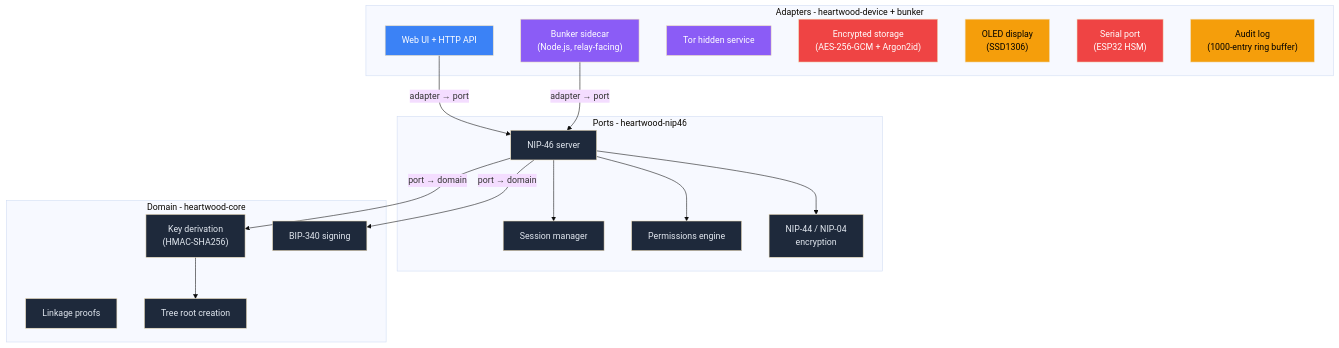
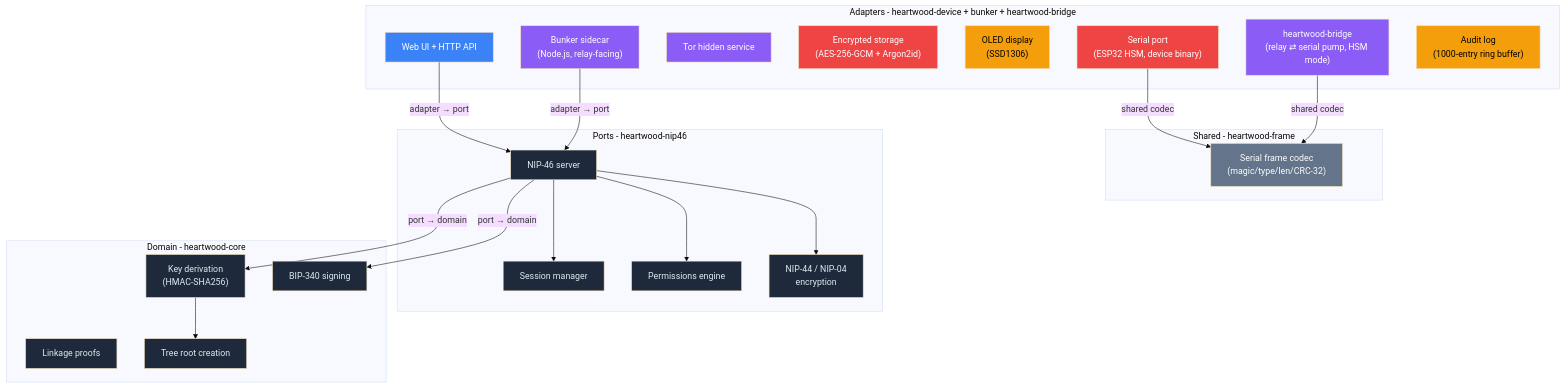
One commit to forgesworn/heartwood changed the diagram in ARCHITECTURE.md. Above: the diagram before and after it, drawn with Mermaid (base theme). The commit also changed other lines of this file and 2 other files, not shown here.

Commit message:
docs: catch the changelog and architecture docs up with the workspace
CHANGELOG gains an Unreleased section covering everything since 0.6.0:
the heartwood-bridge sidecar, the heartwood-frame codec extraction,
per-identity bunker URIs, the new test coverage, and the serial fixes.
README's crate list and ARCHITECTURE's hexagon/diagram/storage docs now
name heartwood-frame and heartwood-bridge, and document
bunker-uris.json alongside bunker-uri.txt. The stale hard-coded test
count in the Development snippet is dropped rather than re-pinned.

````diff
--- a/ARCHITECTURE.md
+++ b/ARCHITECTURE.md
@@ -15,51 +15,60 @@
 ```mermaid
 graph TB
-    subgraph ADAPTERS["Adapters - heartwood-device + bunker"]
+    subgraph ADAPTERS["Adapters - heartwood-device + bunker + heartwood-bridge"]
         WEB["Web UI + HTTP API"]
         BUNKER["Bunker sidecar<br/>(Node.js, relay-facing)"]
         TOR["Tor hidden service"]
         STORE["Encrypted storage<br/>(AES-256-GCM + Argon2id)"]
         OLED["OLED display<br/>(SSD1306)"]
-        SERIAL["Serial port<br/>(ESP32 HSM)"]
+        SERIAL["Serial port<br/>(ESP32 HSM, device binary)"]
+        BRIDGE["heartwood-bridge<br/>(relay ⇄ serial pump, HSM mode)"]
         AUDIT["Audit log<br/>(1000-entry ring buffer)"]
+    end
+
+    subgraph SHARED["Shared - heartwood-frame"]
+        FRAME["Serial frame codec<br/>(magic/type/len/CRC-32)"]
     end
 
     subgraph PORTS["Ports - heartwood-nip46"]
         SERVER["NIP-46 server"]
         SESS["Session manager"]
         PERMS["Permissions engine"]
         ENC["NIP-44 / NIP-04<br/>encryption"]
     end
 
     subgraph CORE["Domain - heartwood-core"]
         DERIVE["Key derivation<br/>(HMAC-SHA256)"]
         SIGN["BIP-340 signing"]
         PROOF["Linkage proofs"]
         ROOT["Tree root creation"]
     end
 
     WEB -->|adapter → port| SERVER
     BUNKER -->|adapter → port| SERVER
+    SERIAL -->|shared codec| FRAME
+    BRIDGE -->|shared codec| FRAME
     SERVER --> SESS
     SERVER --> PERMS
     SERVER --> ENC
     SERVER -->|port → domain| SIGN
     SERVER -->|port → domain| DERIVE
     DERIVE --> ROOT
 
     style WEB fill:#3b82f6,color:#fff
     style BUNKER fill:#8b5cf6,color:#fff
     style TOR fill:#8b5cf6,color:#fff
     style STORE fill:#ef4444,color:#fff
     style SERIAL fill:#ef4444,color:#fff
+    style BRIDGE fill:#8b5cf6,color:#fff
     style OLED fill:#f59e0b,color:#000
     style AUDIT fill:#f59e0b,color:#000
+    style FRAME fill:#64748b,color:#fff
     style SERVER fill:#1e293b,color:#e2e8f0
     style SESS fill:#1e293b,color:#e2e8f0
     style PERMS fill:#1e293b,color:#e2e8f0
     style ENC fill:#1e293b,color:#e2e8f0
     style DERIVE fill:#1e293b,color:#e2e8f0
     style SIGN fill:#1e293b,color:#e2e8f0
     style PROOF fill:#1e293b,color:#e2e8f0
     style ROOT fill:#1e293b,color:#e2e8f0
 ```
````
